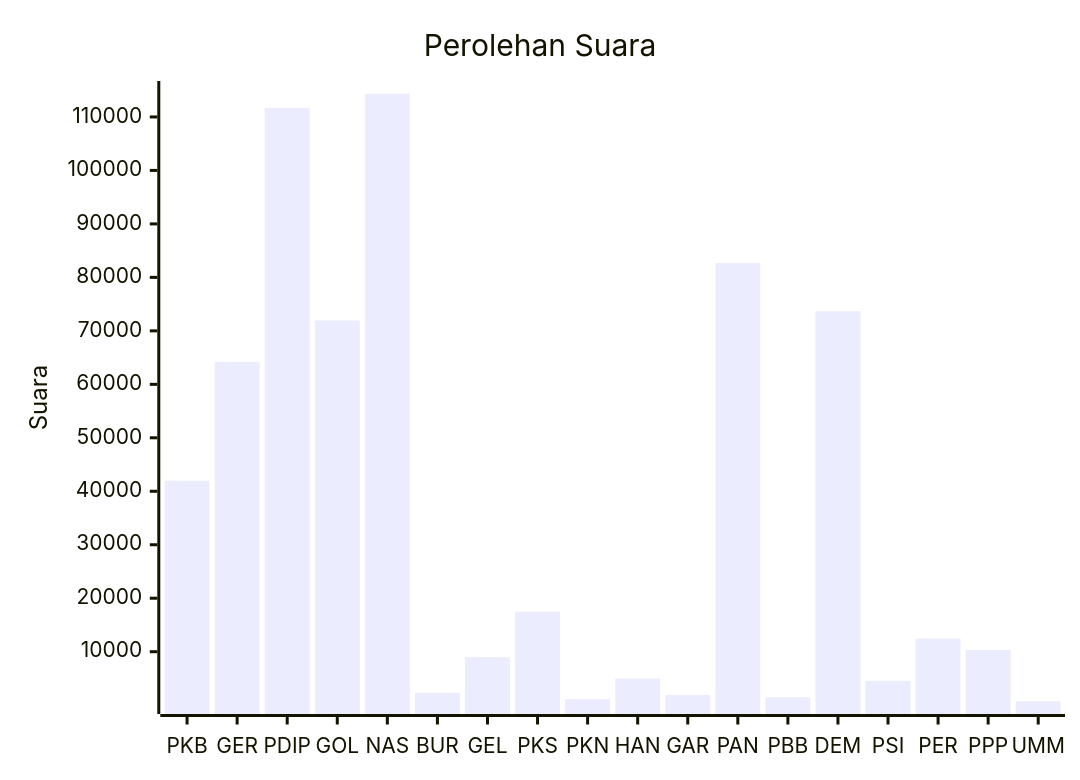
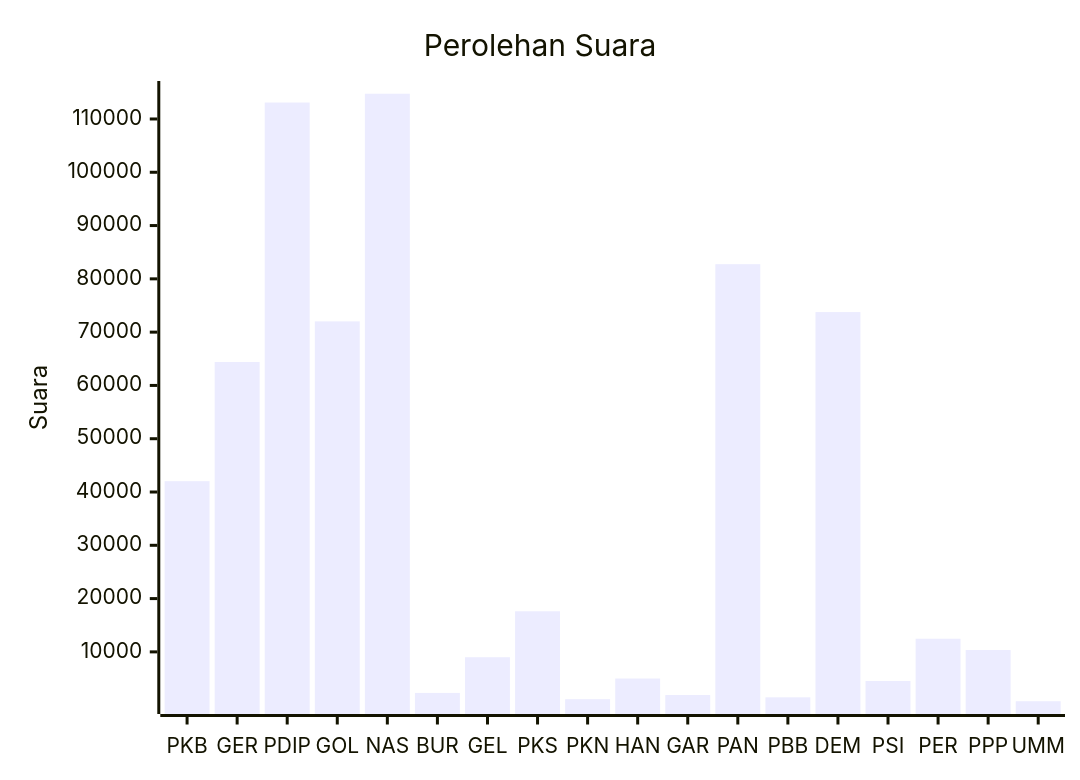
The diagram in pileg-dpr/hitung-suara/sub/table-wilayah-76.md (gigit-pemilu/pemilu-2024), drawn with Mermaid before and after one commit. The commit also changed other lines of this file and 24 other files, not shown here.

````diff
--- a/pileg-dpr/hitung-suara/sub/table-wilayah-76.md
+++ b/pileg-dpr/hitung-suara/sub/table-wilayah-76.md
@@ -7,7 +7,7 @@
 ```mermaid
 xychart-beta
     title "Perolehan Suara"
     x-axis [PKB, GER, PDIP, GOL, NAS, BUR, GEL, PKS, PKN, HAN, GAR, PAN, PBB, DEM, PSI, PER, PPP, UMM]
     y-axis "Suara"
-    bar [41982, 64208, 111689, 71936, 114339, 2290, 8986, 17485, 1124, 4983, 1896, 82673, 1472, 73674, 4530, 12459, 10327, 734]
+    bar [42035, 64405, 113087, 72024, 114735, 2298, 8996, 17619, 1124, 4996, 1898, 82751, 1472, 73766, 4538, 12468, 10346, 735]
 ```
````
